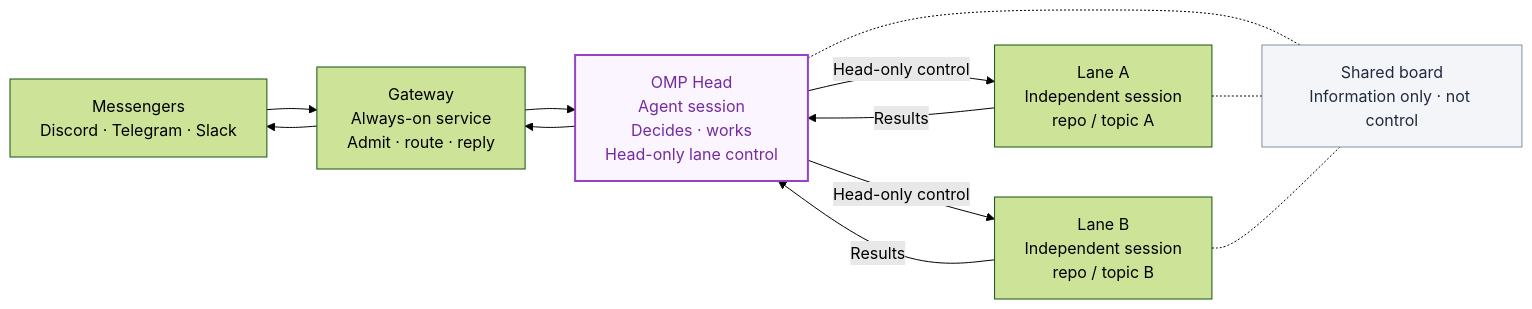
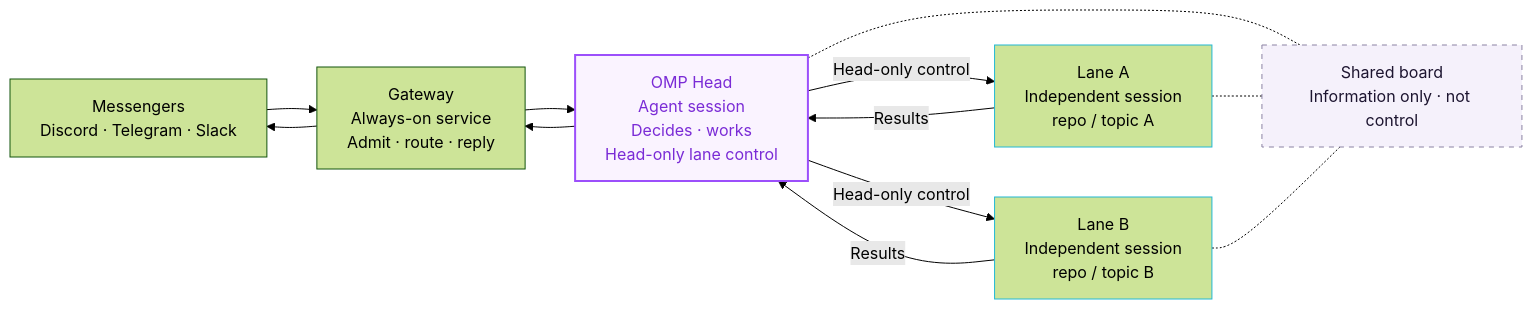
One commit to dbc-hbin/omp-superagent changed the diagram in assets/architecture.mmd. Above: the diagram before and after it, drawn with Mermaid (forest theme). The commit also changed 7 other files, not shown here.

```diff
--- a/assets/architecture.mmd
+++ b/assets/architecture.mmd
@@ -1,24 +1,26 @@
 flowchart LR
     M["Messengers<br/>Discord · Telegram · Slack"]
     G["Gateway<br/>Always-on service<br/>Admit · route · reply"]
     H["OMP Head<br/>Agent session<br/>Decides · works<br/>Head-only lane control"]
     A["Lane A<br/>Independent session<br/>repo / topic A"]
     B["Lane B<br/>Independent session<br/>repo / topic B"]
     S["Shared board<br/>Information only · not control"]
 
     M --> G
     G --> H
     H -->|Head-only control| A
     H -->|Head-only control| B
     A -->|Results| H
     B -->|Results| H
     H --> G
     G --> M
     H -.- S
     A -.- S
     B -.- S
 
-    classDef head fill:#faf5ff,stroke:#9742c5,color:#752ba0,stroke-width:2px
-    classDef board fill:#f3f5f9,stroke:#8490a3,color:#222b3d
+    classDef head fill:#faf3ff,stroke:#9c4ffb,color:#7a2bd6,stroke-width:2px
+    classDef lane stroke:#22b8d4
+    classDef board fill:#f5f1fb,stroke:#8b82a3,color:#1d1530,stroke-dasharray:5 5
     class H head
+    class A,B lane
     class S board
```
